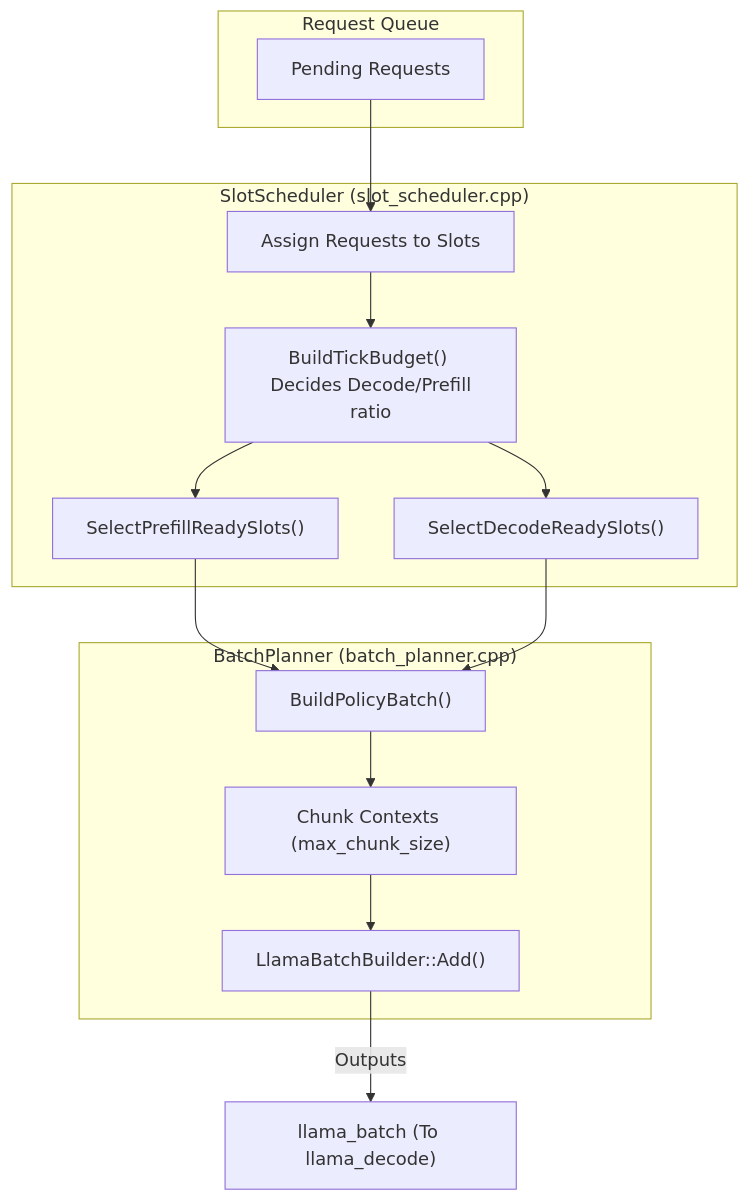
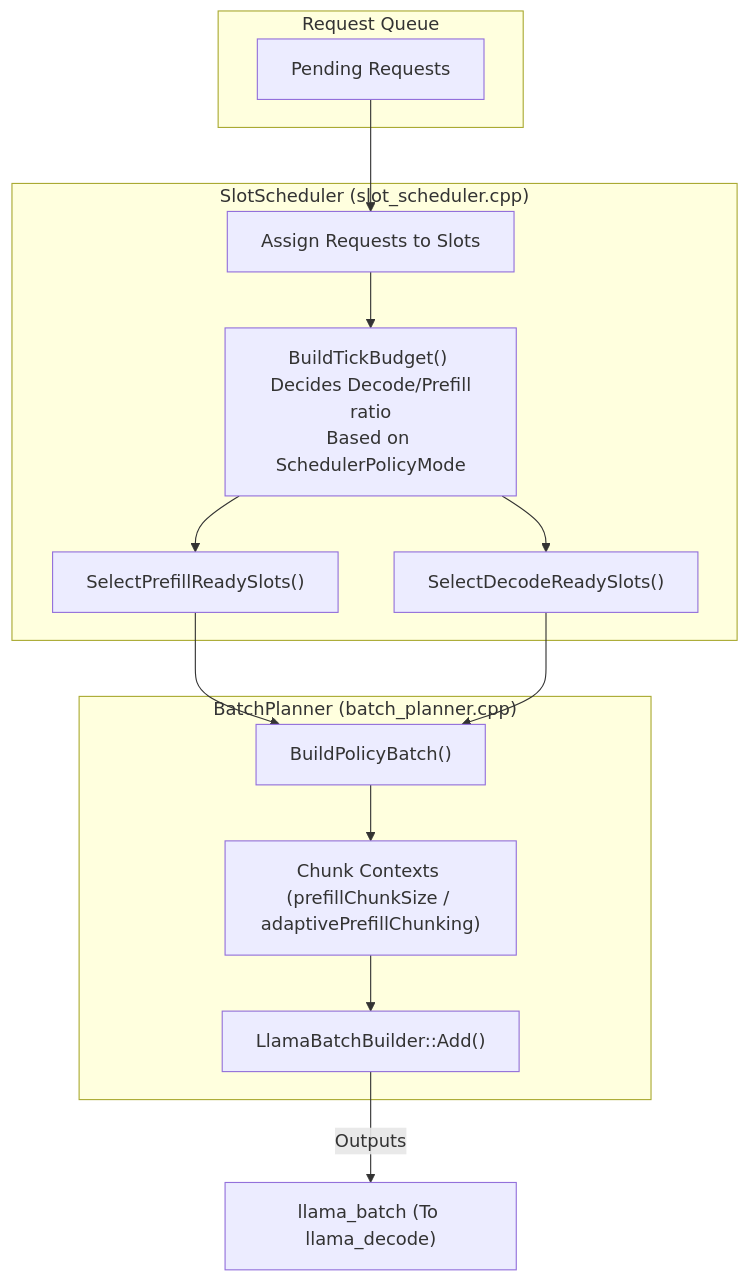
The ninth of 13 diagrams in packages/cogent-engine/docs/inference_system_design.md (noumena-labs/Sipp), drawn with Mermaid before and after one commit. The commit also changed other lines of this file, not shown here.

````diff
--- a/packages/cogent-engine/docs/inference_system_design.md
+++ b/packages/cogent-engine/docs/inference_system_design.md
@@ -124,31 +395,31 @@
 ```mermaid
 graph TD
     subgraph RequestQueue ["Request Queue"]
         Pending["Pending Requests"]
     end
 
     subgraph SlotScheduler ["SlotScheduler (slot_scheduler.cpp)"]
         Assign["Assign Requests to Slots"]
-        BuildBudget["BuildTickBudget() <br/> Decides Decode/Prefill ratio"]
+        BuildBudget["BuildTickBudget() <br/> Decides Decode/Prefill ratio<br/>Based on SchedulerPolicyMode"]
         SelectPrefill["SelectPrefillReadySlots()"]
         SelectDecode["SelectDecodeReadySlots()"]
     end
 
     subgraph BatchPlanner ["BatchPlanner (batch_planner.cpp)"]
         RoutePolicy["BuildPolicyBatch()"]
-        Chunk["Chunk Contexts (max_chunk_size)"]
+        Chunk["Chunk Contexts (prefillChunkSize / adaptivePrefillChunking)"]
         AddTokens["LlamaBatchBuilder::Add()"]
     end
 
     Pending --> Assign
     Assign --> BuildBudget
     BuildBudget --> SelectPrefill
     BuildBudget --> SelectDecode
 
     SelectPrefill --> RoutePolicy
     SelectDecode --> RoutePolicy
 
     RoutePolicy --> Chunk
     Chunk --> AddTokens
     AddTokens --> |Outputs| BatchOut["llama_batch (To llama_decode)"]
 ```
````
